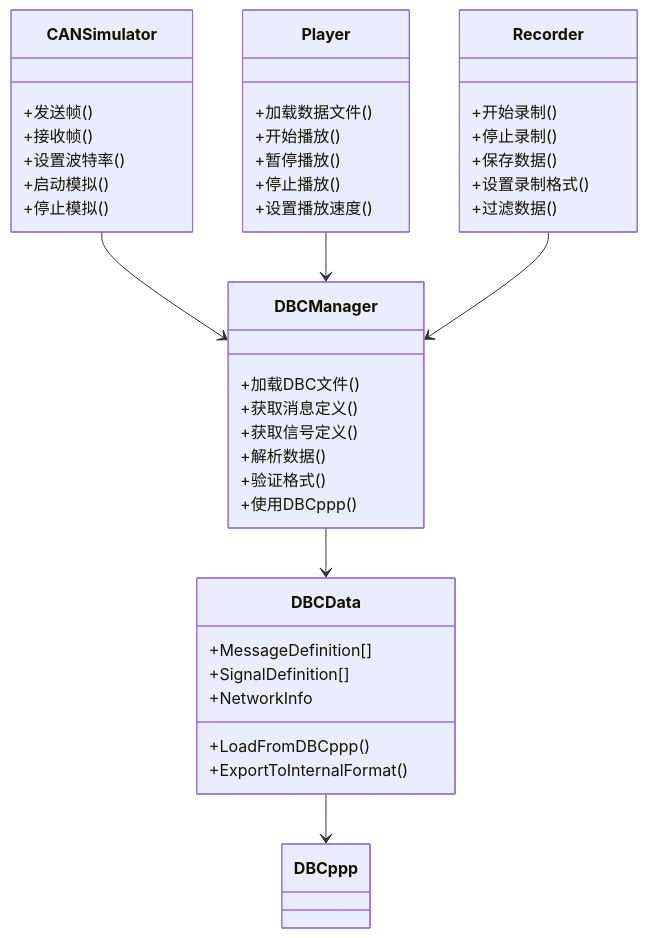
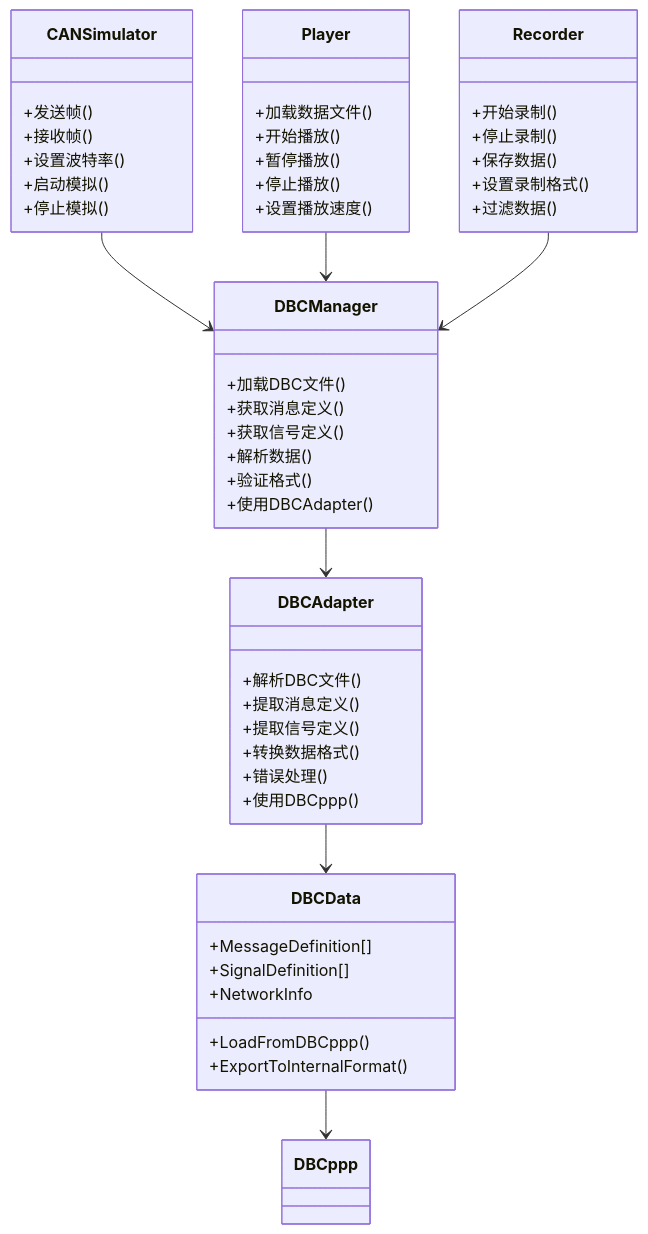
One commit to jakecai1225-design/OpenBus changed the fourth of 8 diagrams in .qoder/repowiki/zh/content/架构设计/架构设计.md. Above: the diagram before and after it, drawn with Mermaid. The commit also changed other lines of this file and 215 other files, not shown here.

````diff
--- a/.qoder/repowiki/zh/content/架构设计/架构设计.md
+++ b/.qoder/repowiki/zh/content/架构设计/架构设计.md
@@ -238,44 +244,53 @@
 ```mermaid
 classDiagram
 class CANSimulator {
 +发送帧()
 +接收帧()
 +设置波特率()
 +启动模拟()
 +停止模拟()
 }
 class DBCManager {
 +加载DBC文件()
 +获取消息定义()
 +获取信号定义()
 +解析数据()
 +验证格式()
++使用DBCAdapter()
+}
+class DBCAdapter {
++解析DBC文件()
++提取消息定义()
++提取信号定义()
++转换数据格式()
++错误处理()
 +使用DBCppp()
 }
 class DBCData {
 +MessageDefinition[]
 +SignalDefinition[]
 +NetworkInfo
 +LoadFromDBCppp()
 +ExportToInternalFormat()
 }
 class Player {
 +加载数据文件()
 +开始播放()
 +暂停播放()
 +停止播放()
 +设置播放速度()
 }
 class Recorder {
 +开始录制()
 +停止录制()
 +保存数据()
 +设置录制格式()
 +过滤数据()
 }
 CANSimulator --> DBCManager
 Player --> DBCManager
 Recorder --> DBCManager
-DBCManager --> DBCData
+DBCManager --> DBCAdapter
+DBCAdapter --> DBCData
 DBCData --> DBCppp
 ```
````
